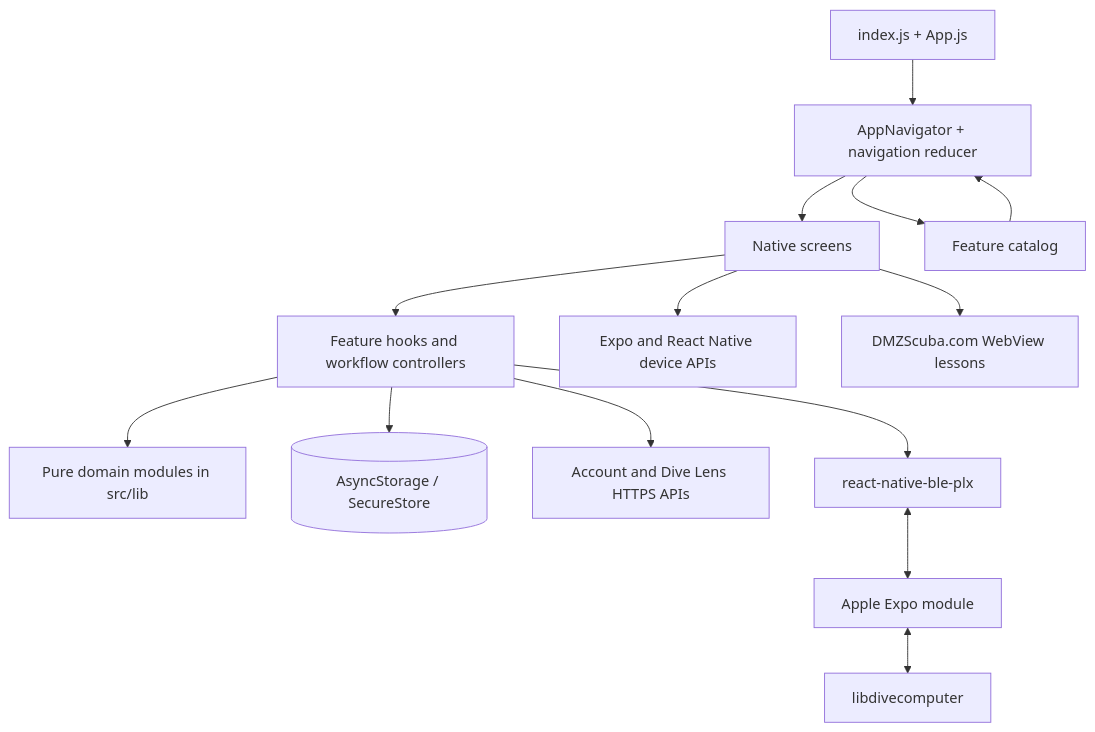
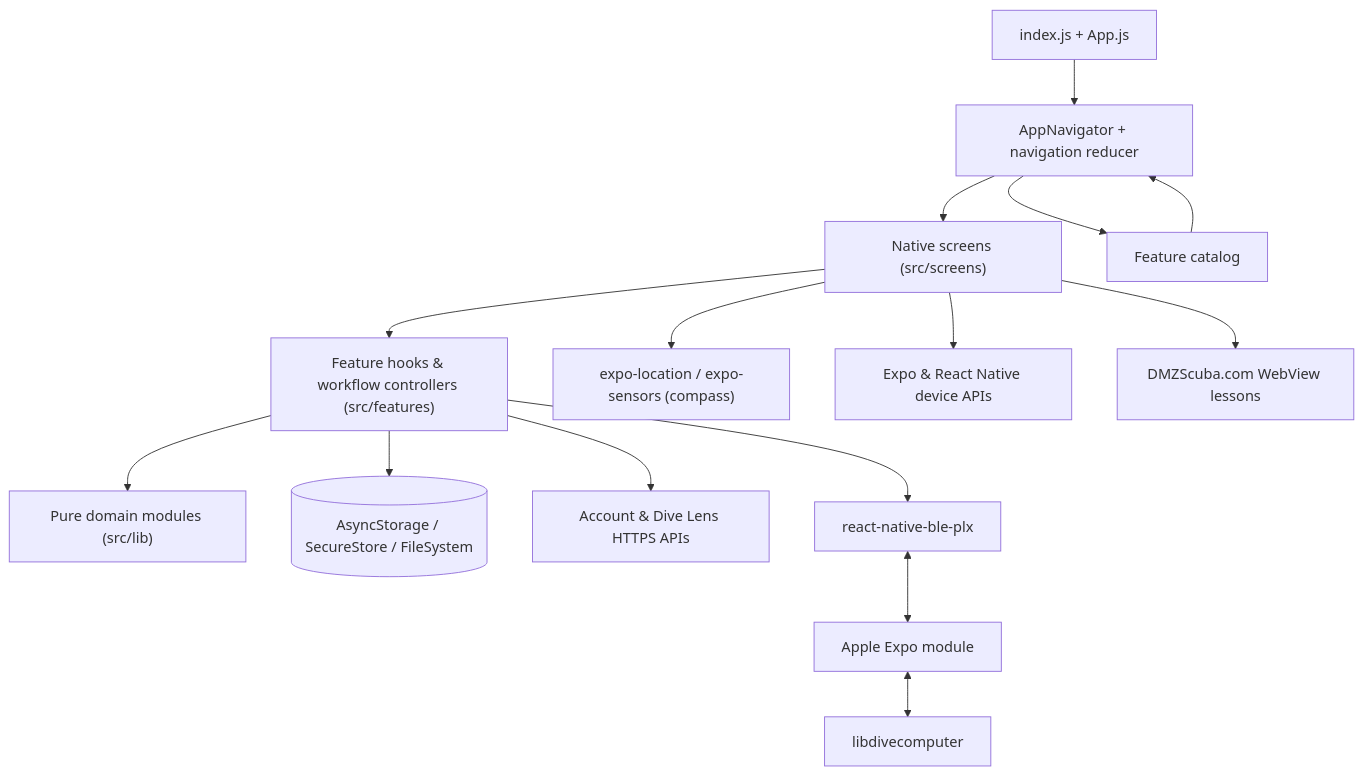
One commit to dmz34705/dmzscuba-app changed the diagram in README.md. Above: the diagram before and after it, drawn with Mermaid. The commit also changed other lines of this file, not shown here.

First line of the commit message:
docs: expand README with a full feature and architecture overview

````diff
--- a/README.md
+++ b/README.md
@@ -300,16 +553,17 @@
 ```mermaid
 flowchart TD
-    Entry[index.js + App.js] --> Nav[AppNavigator + navigation reducer]
-    Nav --> Screens[Native screens]
-    Nav --> Catalog[Feature catalog]
-    Screens --> Features[Feature hooks and workflow controllers]
-    Features --> Domain[Pure domain modules in src/lib]
-    Features --> Storage[(AsyncStorage / SecureStore)]
-    Screens --> Expo[Expo and React Native device APIs]
-    Screens --> Web[DMZScuba.com WebView lessons]
-    Features --> APIs[Account and Dive Lens HTTPS APIs]
-    Features --> BLE[react-native-ble-plx]
-    BLE <--> Bridge[Apple Expo module]
-    Bridge <--> LibDC[libdivecomputer]
+    Entry["index.js + App.js"] --> Nav["AppNavigator + navigation reducer"]
+    Nav --> Screens["Native screens (src/screens)"]
+    Nav --> Catalog["Feature catalog"]
+    Screens --> Features["Feature hooks & workflow controllers (src/features)"]
+    Features --> Domain["Pure domain modules (src/lib)"]
+    Features --> Storage[("AsyncStorage / SecureStore / FileSystem")]
+    Screens --> Sensors["expo-location / expo-sensors (compass)"]
+    Screens --> Expo["Expo & React Native device APIs"]
+    Screens --> Web["DMZScuba.com WebView lessons"]
+    Features --> APIs["Account & Dive Lens HTTPS APIs"]
+    Features --> BLE["react-native-ble-plx"]
+    BLE <--> Bridge["Apple Expo module"]
+    Bridge <--> LibDC["libdivecomputer"]
     Catalog --> Nav
 ```
````
